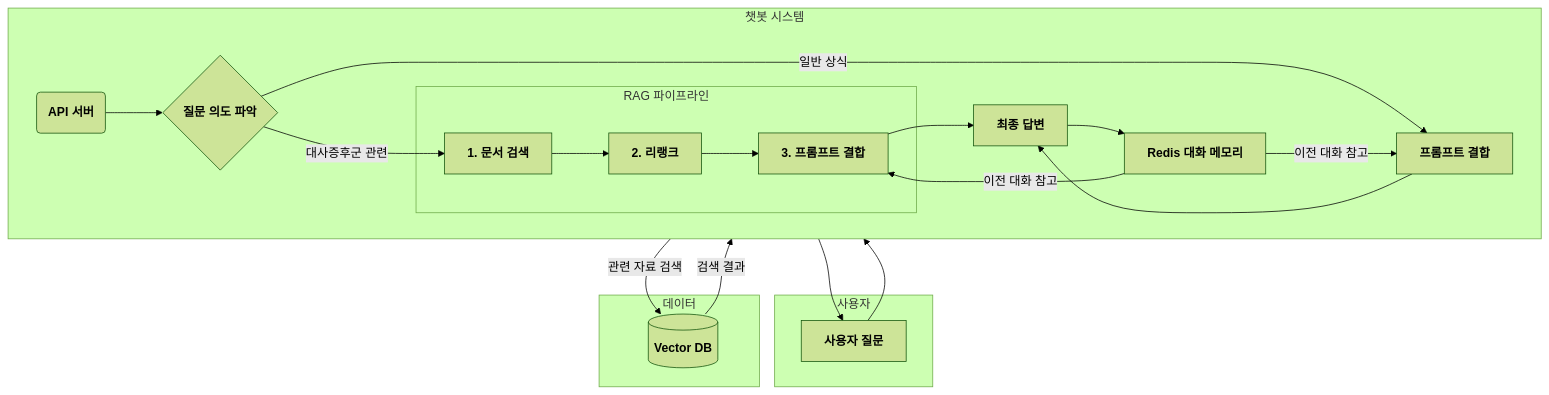
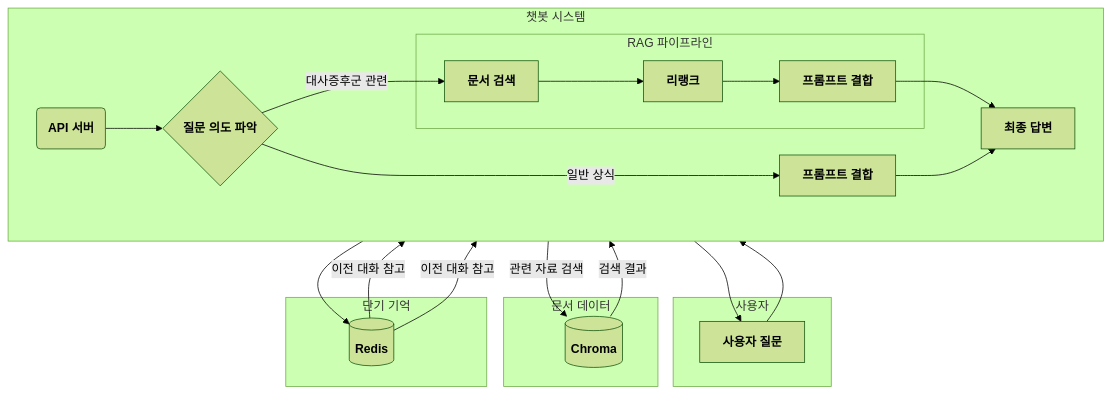
Before and after one commit to pakyeon/rag-metabolic-syndrome-chatbot: the diagram in README.md, drawn with Mermaid (forest theme).

Commit message:
README 시스템 아키텍쳐 수정

````diff
--- a/README.md
+++ b/README.md
@@ -36,38 +36,41 @@
 ```mermaid
 graph TD
     subgraph "사용자"
         Q[<B>사용자 질문</B>]
     end
 
     subgraph "챗봇 시스템"
         A(<b>API 서버</b>)
         B{<B>질문 의도 파악</B>};
-        M[<b>Redis 대화 메모리</b>]
         
         direction LR
         subgraph "RAG 파이프라인"
-            C[<B>1. 문서 검색</B>] --> D[<B>2. 리랭크</B>] --> E[<B>3. 프롬프트 결합</B>];
+            C[<B>문서 검색</B>] --> D[<B>리랭크</B>] --> E[<B>프롬프트 결합</B>];
         end
 
         F[<B>프롬프트 결합</B>]
         G[<B>최종 답변</B>]
     end
 
-    subgraph "데이터"
-      DB[(<B>Vector DB</B>)]
+    subgraph "문서 데이터"
+      DB1[(<B>Chroma</B>)]
+    end
+
+    subgraph "단기 기억"
+      DB2[(<B>Redis</B>)]
     end
 
     %% --- 연결 관계 ---
     Q --> A;
     A --> B;
     B -- "대사증후군 관련" --> C;
-    C -- "관련 자료 검색" --> DB;
-    DB -- "검색 결과" --> C
-    M -- "이전 대화 참고" --> E;
+    C -- "관련 자료 검색" --> DB1;
+    DB1 -- "검색 결과" --> C
+    DB2 -- "이전 대화 참고" --> E;
     E --> G;
     B -- "일반 상식" --> F;
-    M -- "이전 대화 참고" --> F;
+    DB2 -- "이전 대화 참고" --> F;
     F --> G;
-    G --> M;
+    G --> DB2;
     G --> Q;
 ```
````
